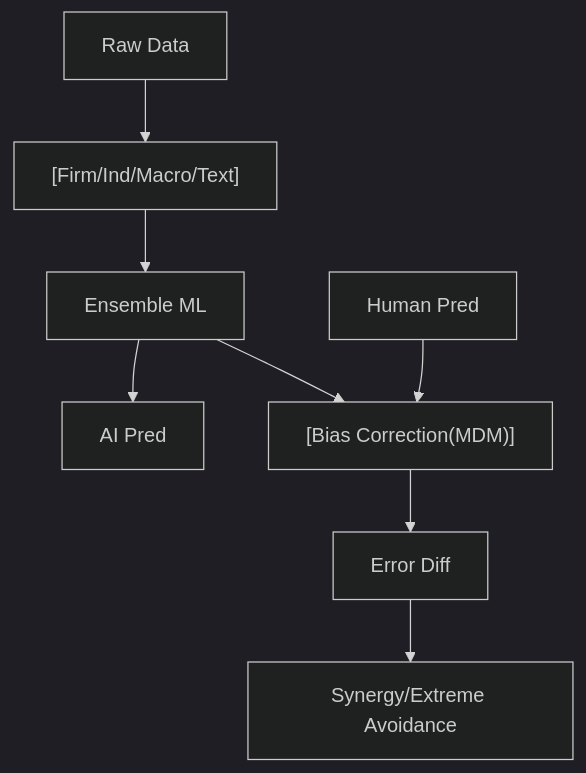
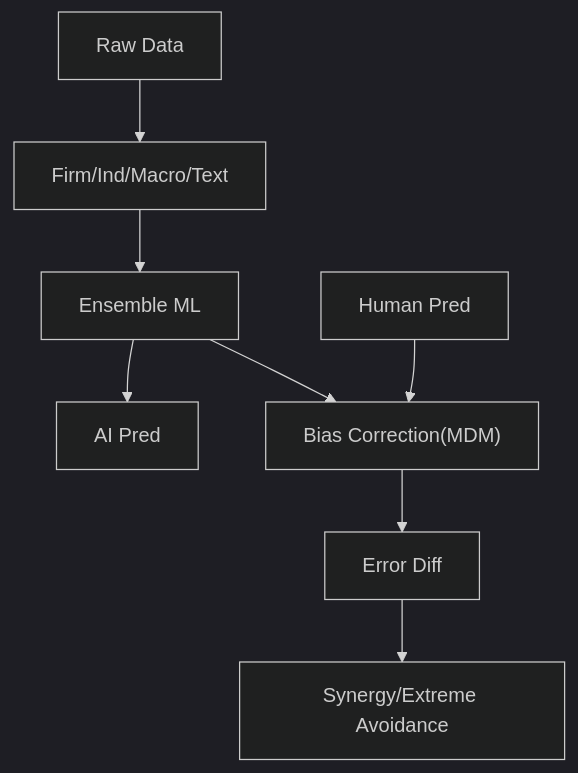
Before and after one commit to sou350121/Trading-Handbook: the diagram in foundations/time-series-forecasting/art-146.md, drawn with Mermaid (dark theme). The commit also changed 191 other files, not shown here.

First line of the commit message:
render: fix math + mermaid for GitHub across the corpus (188 pages)

````diff
--- a/foundations/time-series-forecasting/art-146.md
+++ b/foundations/time-series-forecasting/art-146.md
@@ -29,10 +29,10 @@
 ```mermaid
 flowchart TD
-    A["Raw Data"] --> B["[Firm/Ind/Macro/Text]"]
-    B["[Firm/Ind/Macro/Text]"] --> C["Ensemble ML"]
+    A["Raw Data"] --> B["Firm/Ind/Macro/Text"]
+    B["Firm/Ind/Macro/Text"] --> C["Ensemble ML"]
     C["Ensemble ML"] --> D["AI Pred"]
-    C["Ensemble ML"] --> F["[Bias Correction(MDM)]"]
-    E["Human Pred"] --> F["[Bias Correction(MDM)]"]
-    F["[Bias Correction(MDM)]"] --> G["Error Diff"]
+    C["Ensemble ML"] --> F["Bias Correction(MDM)"]
+    E["Human Pred"] --> F["Bias Correction(MDM)"]
+    F["Bias Correction(MDM)"] --> G["Error Diff"]
     G["Error Diff"] --> H["Synergy/Extreme Avoidance"]
 ```
````
